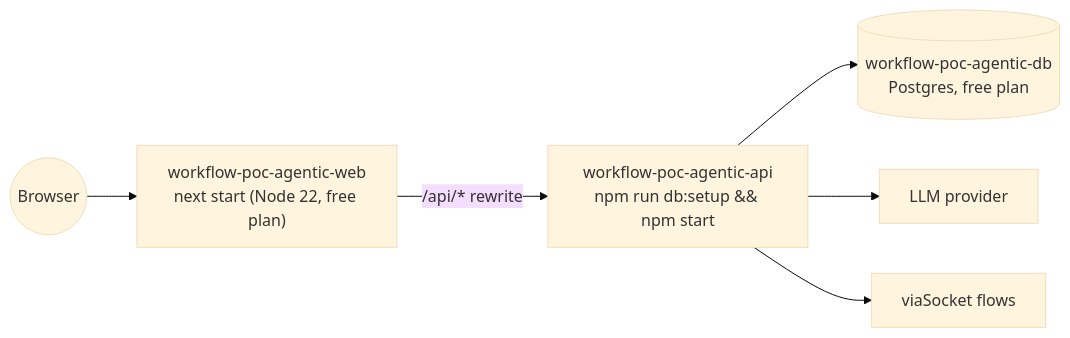
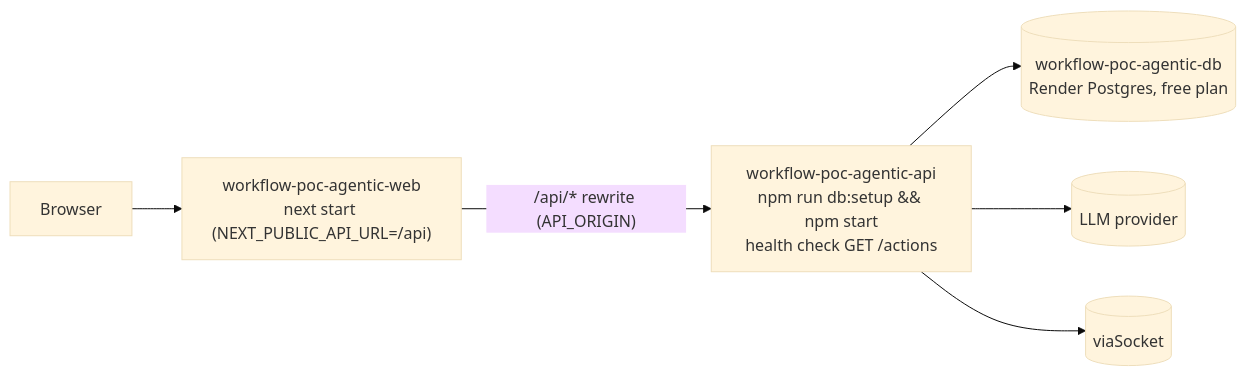
One commit to punit-walkover/workflow-poc-agentic changed the fourth of 9 diagrams in docs/FUNCTIONAL_DOCUMENTATION.md. Above: the diagram before and after it, drawn with Mermaid (base theme). The commit also changed other lines of this file and 3 other files, not shown here.

````diff
--- a/docs/FUNCTIONAL_DOCUMENTATION.md
+++ b/docs/FUNCTIONAL_DOCUMENTATION.md
@@ -438,8 +434,8 @@
 ```mermaid
 flowchart LR
-  User((Browser)) --> WebSvc["workflow-poc-agentic-web<br/>next start (Node 22, free plan)"]
-  WebSvc -->|/api/* rewrite| ApiSvc["workflow-poc-agentic-api<br/>npm run db:setup && npm start"]
-  ApiSvc --> PG[("workflow-poc-agentic-db<br/>Postgres, free plan")]
-  ApiSvc --> LLMp["LLM provider"]
-  ApiSvc --> VSf["viaSocket flows"]
+  U[Browser] --> W["workflow-poc-agentic-web<br/>next start (NEXT_PUBLIC_API_URL=/api)"]
+  W -->|"/api/* rewrite (API_ORIGIN)"| A["workflow-poc-agentic-api<br/>npm run db:setup && npm start<br/>health check GET /actions"]
+  A --> D[("workflow-poc-agentic-db<br/>Render Postgres, free plan")]
+  A --> L[(LLM provider)]
+  A --> V[(viaSocket)]
 ```
````
